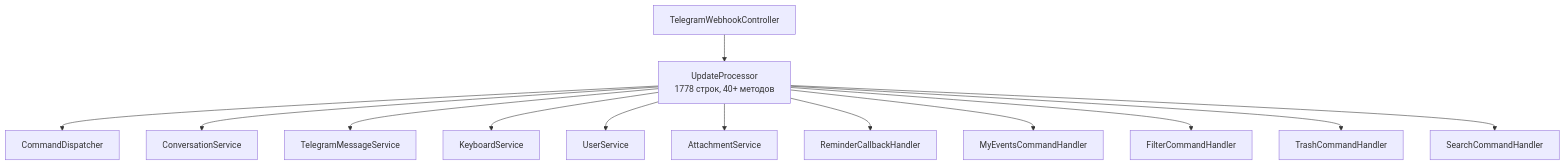
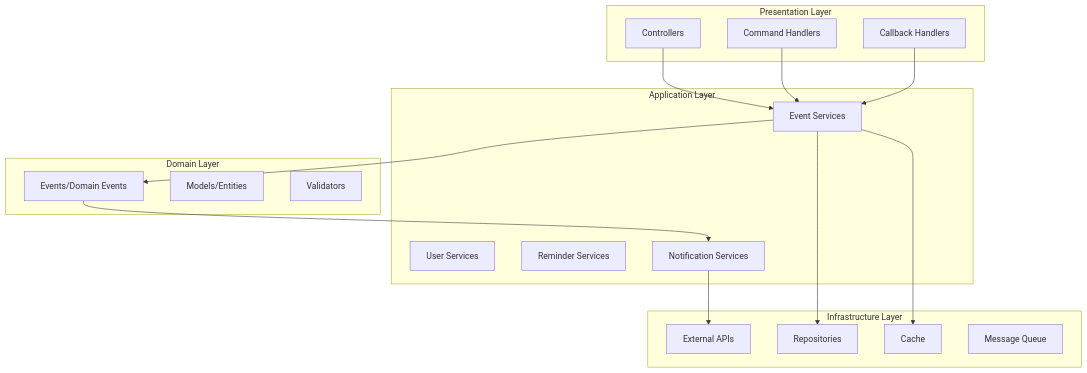
One commit to Despenser/family-calendar-telegram-bot changed the diagram in .kiro/specs/code-quality-refactoring/design.md. Above: the diagram before and after it, drawn with Mermaid. The commit also changed other lines of this file and 52 other files, not shown here.

````diff
--- a/.kiro/specs/code-quality-refactoring/design.md
+++ b/.kiro/specs/code-quality-refactoring/design.md
@@ -22,15 +31,37 @@
 ```mermaid
-graph TD
-    A[TelegramWebhookController] --> B[UpdateProcessor<br/>1778 строк, 40+ методов]
-    B --> C[CommandDispatcher]
-    B --> D[ConversationService]
-    B --> E[TelegramMessageService]
-    B --> F[KeyboardService]
-    B --> G[UserService]
-    B --> H[AttachmentService]
-    B --> I[ReminderCallbackHandler]
-    B --> J[MyEventsCommandHandler]
-    B --> K[FilterCommandHandler]
-    B --> L[TrashCommandHandler]
-    B --> M[SearchCommandHandler]
+graph TB
+    subgraph "Presentation Layer"
+        C[Controllers]
+        H[Command Handlers]
+        CB[Callback Handlers]
+    end
+    
+    subgraph "Application Layer"
+        ES[Event Services]
+        US[User Services]
+        RS[Reminder Services]
+        NS[Notification Services]
+    end
+    
+    subgraph "Domain Layer"
+        E[Events/Domain Events]
+        M[Models/Entities]
+        V[Validators]
+    end
+    
+    subgraph "Infrastructure Layer"
+        R[Repositories]
+        EX[External APIs]
+        C2[Cache]
+        MQ[Message Queue]
+    end
+    
+    C --> ES
+    H --> ES
+    CB --> ES
+    ES --> E
+    ES --> R
+    E --> NS
+    NS --> EX
+    ES --> C2
 ```
````
